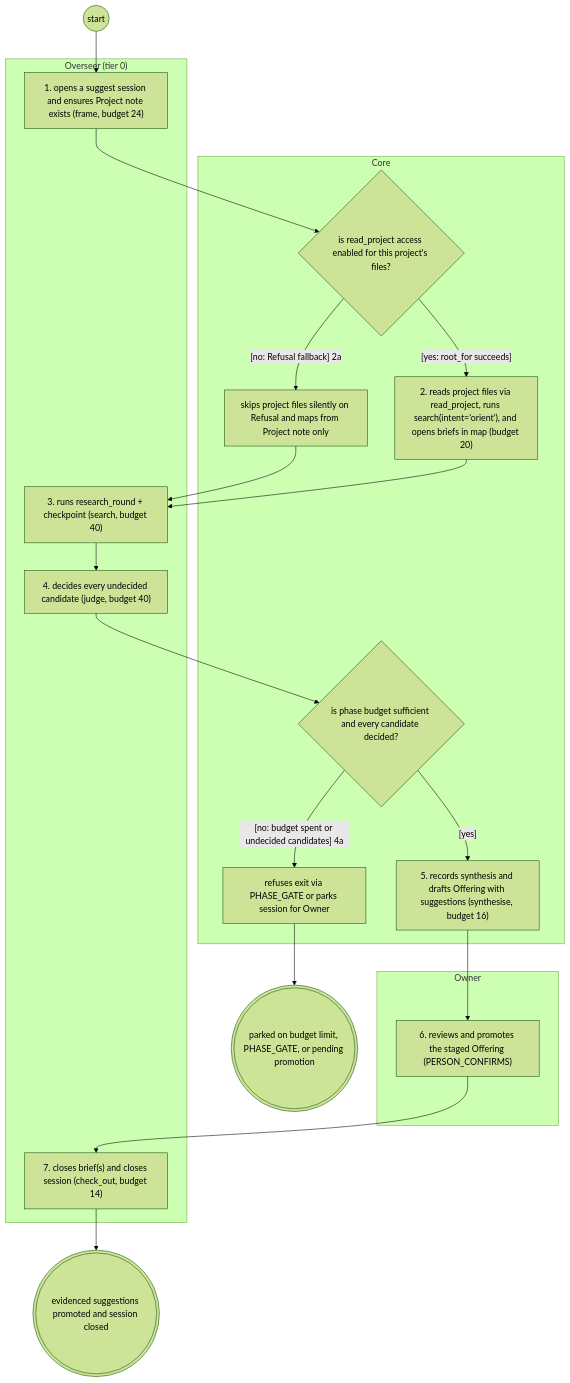
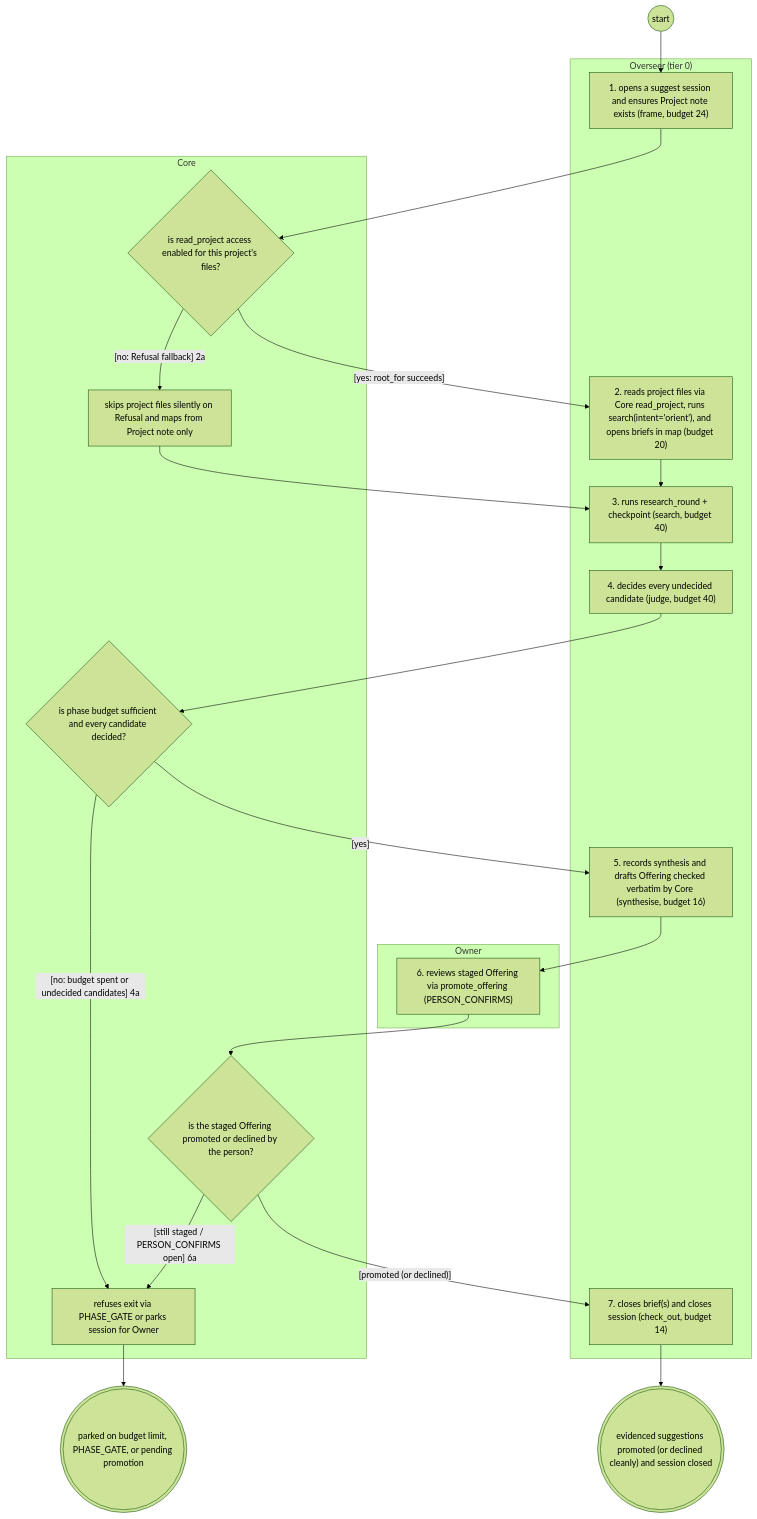
Before and after one commit to Jake36999/Librarian_V2: the diagram in reports/2026-11-25-systems-analysis-finalisation/librarian/as-is/views/suggest.views.md, drawn with Mermaid (forest theme). The commit also changed other lines of this file and 35 other files, not shown here.

````diff
--- a/reports/2026-11-25-systems-analysis-finalisation/librarian/as-is/views/suggest.views.md
+++ b/reports/2026-11-25-systems-analysis-finalisation/librarian/as-is/views/suggest.views.md
@@ -43,38 +47,41 @@
 ```mermaid
 flowchart TD
   subgraph Owner["Owner"]
-    promote["6. reviews and promotes the staged Offering (PERSON_CONFIRMS)"]
+    promote["6. reviews staged Offering via promote_offering (PERSON_CONFIRMS)"]
   end
   subgraph Overseer_tier_0_["Overseer (tier 0)"]
     open["1. opens a suggest session and ensures Project note exists (frame, budget 24)"]
+    readproj["2. reads project files via Core read_project, runs search(intent='orient'), and opens briefs in map (budget 20)"]
     search["3. runs research_round + checkpoint (search, budget 40)"]
     judge["4. decides every undecided candidate (judge, budget 40)"]
+    synth["5. records synthesis and drafts Offering checked verbatim by Core (synthesise, budget 16)"]
     close["7. closes brief(s) and closes session (check_out, budget 14)"]
   end
   subgraph Core["Core"]
     daccess{"is read_project access enabled for this project's files?"}
-    readproj["2. reads project files via read_project, runs search(intent='orient'), and opens briefs in map (budget 20)"]
     noteonly["skips project files silently on Refusal and maps from Project note only"]
     dbudget{"is phase budget sufficient and every candidate decided?"}
     park["refuses exit via PHASE_GATE or parks session for Owner"]
-    synth["5. records synthesis and drafts Offering with suggestions (synthesise, budget 16)"]
+    dprom{"is the staged Offering promoted or declined by the person?"}
   end
   s(("start"))
-  e1((("evidenced suggestions promoted and session closed")))
+  e1((("evidenced suggestions promoted (or declined cleanly) and session closed")))
   e_paused((("parked on budget limit, PHASE_GATE, or pending promotion")))
   s --> open
   open --> daccess
   daccess -->|"[yes: root_for succeeds]"| readproj
   daccess -->|"[no: Refusal fallback] 2a"| noteonly
   noteonly --> search
   readproj --> search
   search --> judge
   judge --> dbudget
   dbudget -->|"[yes]"| synth
   dbudget -->|"[no: budget spent or undecided candidates] 4a"| park
   park --> e_paused
   synth --> promote
-  promote --> close
+  promote --> dprom
+  dprom -->|"[promoted (or declined)]"| close
+  dprom -->|"[still staged / PERSON_CONFIRMS open] 6a"| park
   close --> e1
   classDef ext stroke:#d9534f,stroke-width:2px
 ```
````
